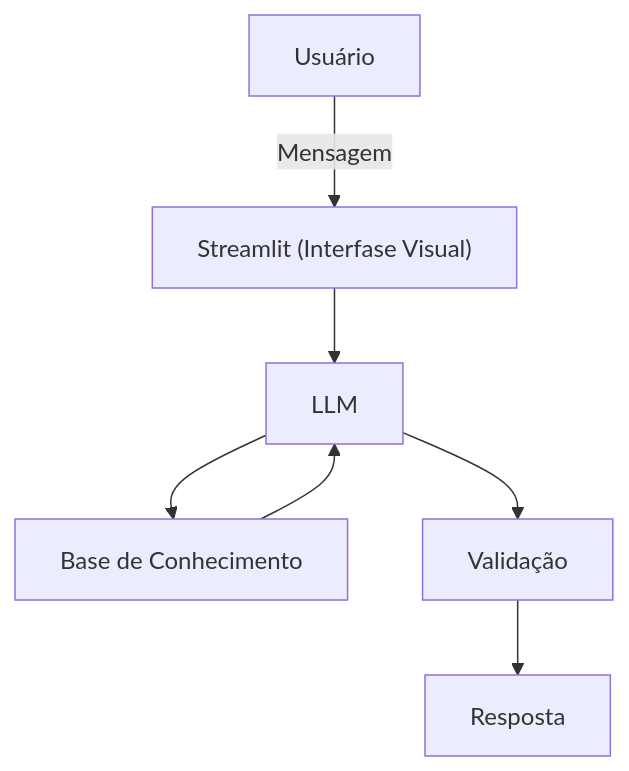
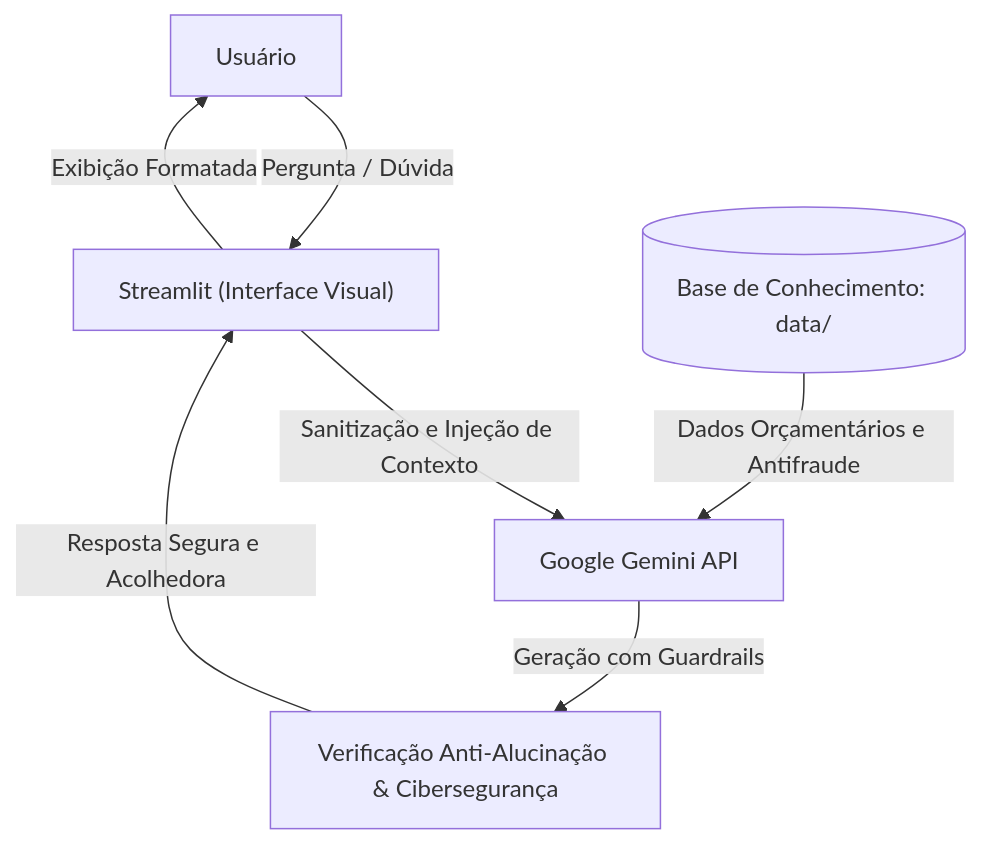
One commit to Vitor-Santos-de-Andrade/dio-lab-bia-do-futuro changed the diagram in docs/01-documentacao-agente.md. Above: the diagram before and after it, drawn with Mermaid. The commit also changed other lines of this file, not shown here.

Commit message:
Revise documentation for agent architecture and security
Updated the flowchart and components section to reflect changes in the agent's architecture and functionality, including the transition to Google Gemini API and enhanced security measures.

````diff
--- a/docs/01-documentacao-agente.md
+++ b/docs/01-documentacao-agente.md
@@ -52,9 +52,9 @@
 ```mermaid
 flowchart TD
-    A[Usuário] -->|Mensagem| B["Streamlit (Interfase Visual)"]
-    B --> C[LLM]
-    C --> D[Base de Conhecimento]
-    D --> C
-    C --> E[Validação]
-    E --> F[Resposta]
+    A[Usuário] -->|Pergunta / Dúvida| B["Streamlit (Interface Visual)"]
+    B -->|Sanitização e Injeção de Contexto| C[Google Gemini API]
+    D[(Base de Conhecimento: data/)] -->|Dados Orçamentários e Antifraude| C
+    C -->|Geração com Guardrails| E[Verificação Anti-Alucinação & Cibersegurança]
+    E -->|Resposta Segura e Acolhedora| B
+    B -->|Exibição Formatada| A
 ```
````
